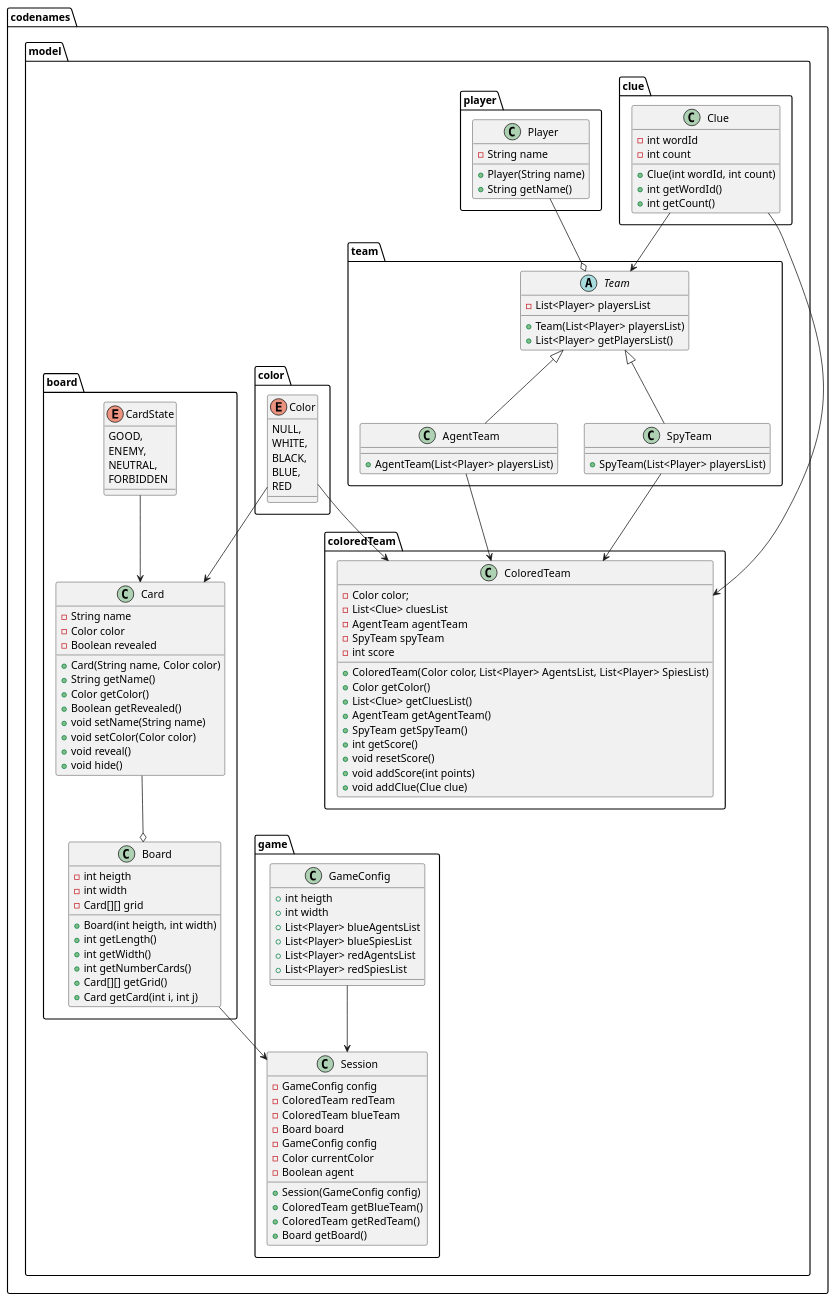
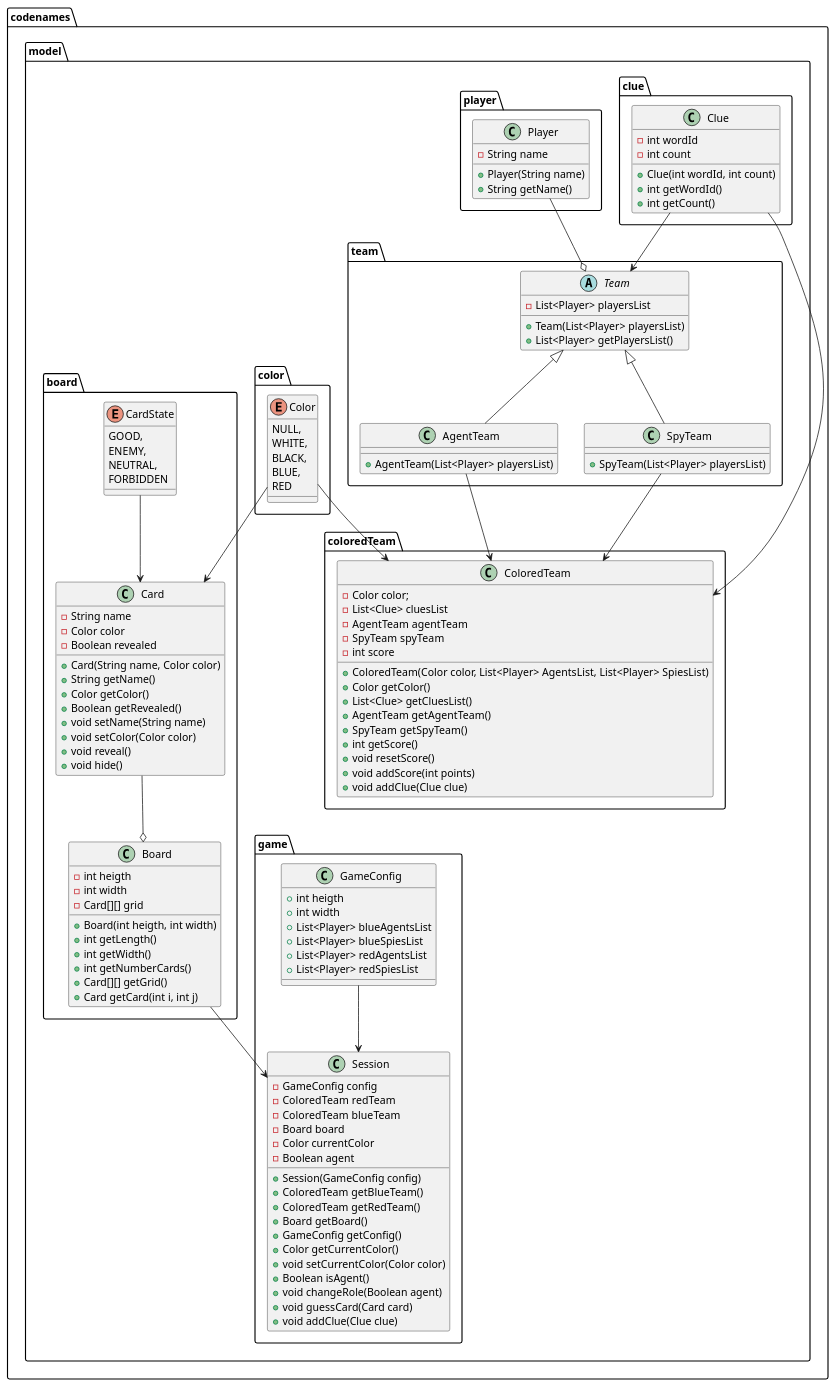
Before and after one commit to Natvs/Codename: the first of 2 diagrams in uml/model_uml.puml, drawn with PlantUML. The commit also changed other lines of this file, not shown here.

```diff
--- a/uml/model_uml.puml
+++ b/uml/model_uml.puml
@@ -1,149 +1,155 @@
 @startuml
 
 package codenames.model.clue {
 
     class Clue {
         - int wordId
         - int count
         + Clue(int wordId, int count)
         + int getWordId()
         + int getCount()
     }
 
 }
 
 package codenames.model.color {
 
     enum Color {
         NULL,
         WHITE,
         BLACK,
         BLUE,
         RED
     }
 
 }
 
 package codenames.model.game {
 
     class GameConfig {
         + int heigth
         + int width
         + List<Player> blueAgentsList
         + List<Player> blueSpiesList
         + List<Player> redAgentsList
         + List<Player> redSpiesList
     }
     class Session {
         - GameConfig config
         - ColoredTeam redTeam
         - ColoredTeam blueTeam
         - Board board
-        - GameConfig config
         - Color currentColor
         - Boolean agent
         + Session(GameConfig config)
         + ColoredTeam getBlueTeam()
         + ColoredTeam getRedTeam()
         + Board getBoard()
+        + GameConfig getConfig()
+        + Color getCurrentColor()
+        + void setCurrentColor(Color color)
+        + Boolean isAgent()
+        + void changeRole(Boolean agent)
+        + void guessCard(Card card)
+        + void addClue(Clue clue)
     }
 
     GameConfig --> Session
  
 }
 
 package codenames.model.team {
 
     abstract class Team {
         - List<Player> playersList
         + Team(List<Player> playersList)
         + List<Player> getPlayersList()
     }
     class AgentTeam extends Team {
         + AgentTeam(List<Player> playersList)
     }
     class SpyTeam extends Team {
         + SpyTeam(List<Player> playersList)
     }
 
 }
 
 package codenames.model.coloredTeam {
 
     class ColoredTeam {
         - Color color;
         - List<Clue> cluesList
         - AgentTeam agentTeam
         - SpyTeam spyTeam
         - int score
         + ColoredTeam(Color color, List<Player> AgentsList, List<Player> SpiesList)
         + Color getColor()
         + List<Clue> getCluesList()
         + AgentTeam getAgentTeam()
         + SpyTeam getSpyTeam()
         + int getScore()
         + void resetScore()
         + void addScore(int points)
         + void addClue(Clue clue)
     }
 
 }
 
 package codenames.model.player {
 
     class Player {
         - String name
         + Player(String name)
         + String getName()
     }
 
 }
 
 package codenames.model.board {
 
     class Card {
         - String name
         - Color color
         - Boolean revealed
         + Card(String name, Color color)
         + String getName()
         + Color getColor()
         + Boolean getRevealed()
         + void setName(String name)
         + void setColor(Color color)
         + void reveal()
         + void hide()
     }
     enum CardState {
         GOOD,
         ENEMY,
         NEUTRAL,
         FORBIDDEN
     }
     class Board {
         - int heigth
         - int width
         - Card[][] grid
         + Board(int heigth, int width)
         + int getLength()
         + int getWidth()
         + int getNumberCards()
         + Card[][] getGrid()
         + Card getCard(int i, int j)
     }
 
     CardState --> Card
     Card --o Board
 
 }
 
 Player --o Team
 Color --> ColoredTeam
 Color --> Card
 Board --> Session
 AgentTeam --> ColoredTeam
 SpyTeam --> ColoredTeam
 Clue --> ColoredTeam
 Clue --> Team
 
 @enduml
```
